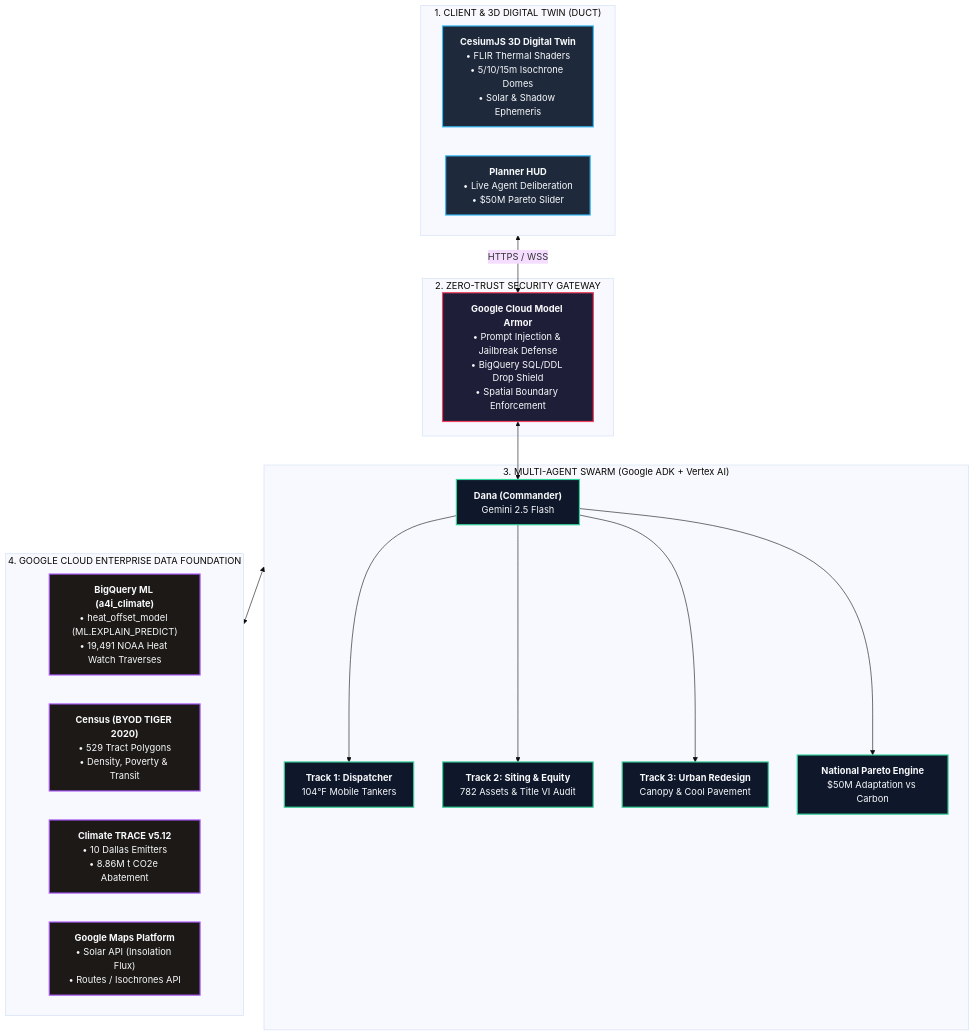
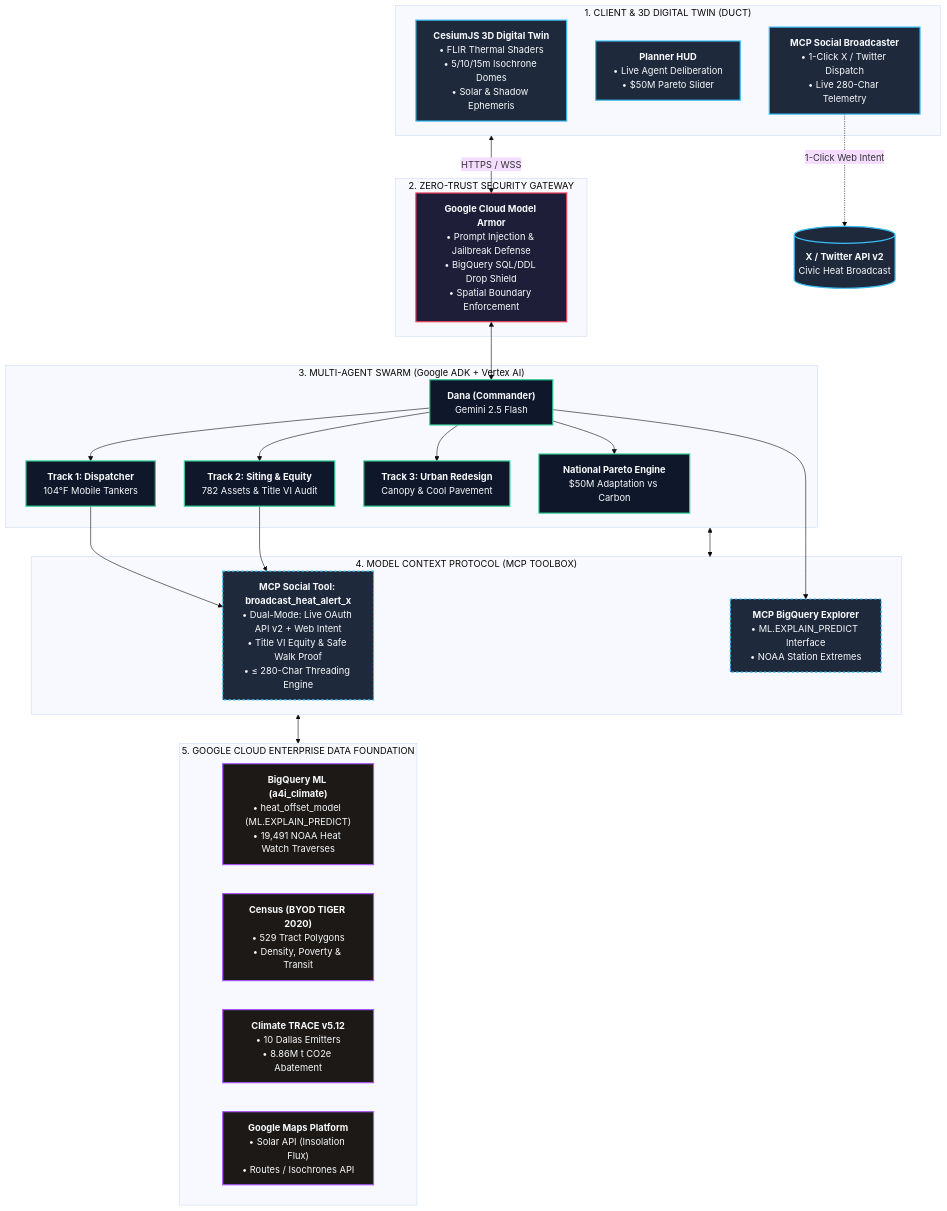
Before and after one commit to UrbanHeatOrg/UrbanHeat: the first of 2 diagrams in ARCHITECTURE.md, drawn with Mermaid (base theme). The commit also changed other lines of this file, not shown here.

Commit message:
docs(architecture): update system diagram, Cloud Run topology, and demo moments with MCP Social X/Twitter integration

````diff
--- a/ARCHITECTURE.md
+++ b/ARCHITECTURE.md
@@ -11,37 +11,48 @@
 ```mermaid
 graph TD
     classDef client fill:#1e293b,stroke:#38bdf8,stroke-width:2px,color:#f8fafc;
     classDef gateway fill:#1e1e38,stroke:#f43f5e,stroke-width:2px,color:#f8fafc;
     classDef brain fill:#0f172a,stroke:#34d399,stroke-width:2px,color:#f8fafc;
     classDef data fill:#1c1917,stroke:#a855f7,stroke-width:2px,color:#f8fafc;
+    classDef mcp fill:#1e293b,stroke:#38bdf8,stroke-width:2px,stroke-dasharray: 4 4,color:#f8fafc;
 
     subgraph ClientLayer ["1. CLIENT & 3D DIGITAL TWIN (DUCT)"]
         UI["<b>CesiumJS 3D Digital Twin</b><br/>• FLIR Thermal Shaders<br/>• 5/10/15m Isochrone Domes<br/>• Solar & Shadow Ephemeris"]:::client
         Console["<b>Planner HUD</b><br/>• Live Agent Deliberation<br/>• $50M Pareto Slider"]:::client
+        BroadcastUI["<b>MCP Social Broadcaster</b><br/>• 1-Click X / Twitter Dispatch<br/>• Live 280-Char Telemetry"]:::client
     end
 
     subgraph SecLayer ["2. ZERO-TRUST SECURITY GATEWAY"]
         Armor["<b>Google Cloud Model Armor</b><br/>• Prompt Injection & Jailbreak Defense<br/>• BigQuery SQL/DDL Drop Shield<br/>• Spatial Boundary Enforcement"]:::gateway
     end
 
     subgraph AgentLayer ["3. MULTI-AGENT SWARM (Google ADK + Vertex AI)"]
         Dana["<b>Dana (Commander)</b><br/>Gemini 2.5 Flash"]:::brain
         
         T1["<b>Track 1: Dispatcher</b><br/>104°F Mobile Tankers"]:::brain
         T2["<b>Track 2: Siting & Equity</b><br/>782 Assets & Title VI Audit"]:::brain
         T3["<b>Track 3: Urban Redesign</b><br/>Canopy & Cool Pavement"]:::brain
         T4["<b>National Pareto Engine</b><br/>$50M Adaptation vs Carbon"]:::brain
 
         Dana --> T1 & T2 & T3 & T4
     end
 
-    subgraph CloudLayer ["4. GOOGLE CLOUD ENTERPRISE DATA FOUNDATION"]
+    subgraph MCPLayer ["4. MODEL CONTEXT PROTOCOL (MCP TOOLBOX)"]
+        MCPSocial["<b>MCP Social Tool: broadcast_heat_alert_x</b><br/>• Dual-Mode: Live OAuth API v2 + Web Intent<br/>• Title VI Equity & Safe Walk Proof<br/>• &le; 280-Char Threading Engine"]:::mcp
+        MCPBQ["<b>MCP BigQuery Explorer</b><br/>• ML.EXPLAIN_PREDICT Interface<br/>• NOAA Station Extremes"]:::mcp
+
+        T1 & T2 --> MCPSocial
+        Dana --> MCPBQ
+    end
+
+    subgraph CloudLayer ["5. GOOGLE CLOUD ENTERPRISE DATA FOUNDATION"]
         BQ["<b>BigQuery ML (a4i_climate)</b><br/>• heat_offset_model (ML.EXPLAIN_PREDICT)<br/>• 19,491 NOAA Heat Watch Traverses"]:::data
         Census["<b>Census (BYOD TIGER 2020)</b><br/>• 529 Tract Polygons<br/>• Density, Poverty & Transit"]:::data
         Climate["<b>Climate TRACE v5.12</b><br/>• 10 Dallas Emitters<br/>• 8.86M t CO2e Abatement"]:::data
         Maps["<b>Google Maps Platform</b><br/>• Solar API (Insolation Flux)<br/>• Routes / Isochrones API"]:::data
     end
 
     ClientLayer <-->|HTTPS / WSS| Armor <--> Dana
-    AgentLayer <--> CloudLayer
+    AgentLayer <--> MCPLayer <--> CloudLayer
+    BroadcastUI -.->|1-Click Web Intent| Twitter[("<b>X / Twitter API v2</b><br/>Civic Heat Broadcast")]:::client
 ```
````
